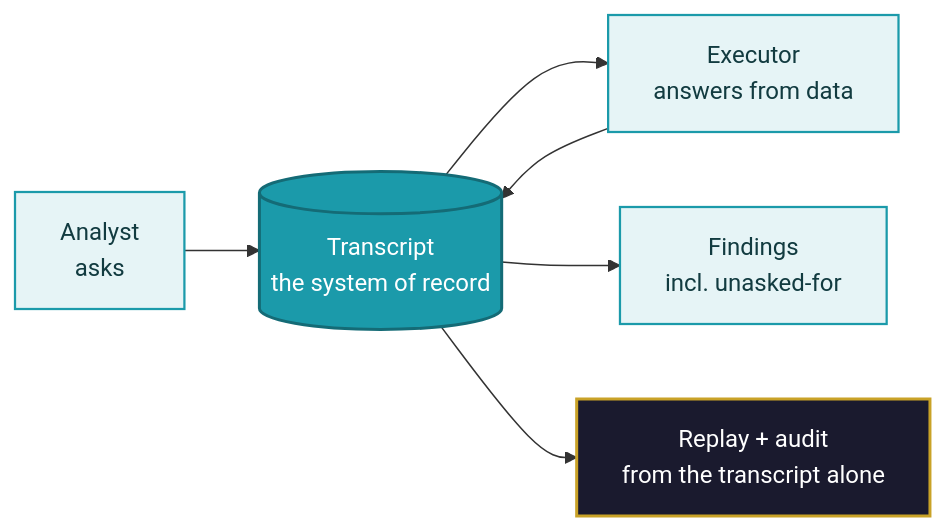
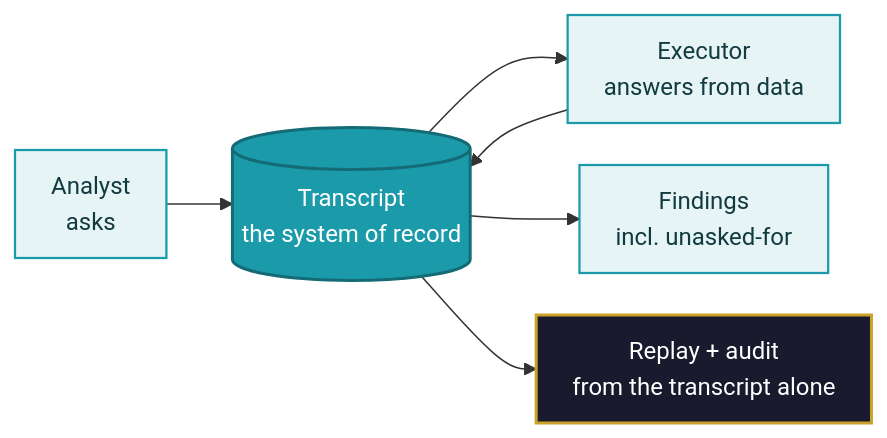
One commit to GAI-Engineering/poc-learning-lab changed the second of 6 diagrams in diagrams/CONCEPT-DIAGRAMS.md. Above: the diagram before and after it, drawn with Mermaid. The commit also changed other lines of this file and 13 other files, not shown here.

Commit message:
Executive layer completed for all six POCs: market-data lead in every notebook, Patterns 4-6 in the business case, Day 2 key-data rows, technical flows embedded, Day 2 SVG infographics, unified chart style

````diff
--- a/diagrams/CONCEPT-DIAGRAMS.md
+++ b/diagrams/CONCEPT-DIAGRAMS.md
@@ -35,11 +36,12 @@
 ```mermaid
+%%{init: {"flowchart": {"nodeSpacing": 28, "rankSpacing": 44, "padding": 12}}}%%
 flowchart LR
     A["Analyst<br/>asks"]:::proc --> T[("Transcript<br/>the system of record")]:::metric
     T --> E["Executor<br/>answers from data"]:::proc
     E --> T
     T --> F["Findings<br/>incl. unasked-for"]:::proc
     T --> R["Replay + audit<br/>from the transcript alone"]:::io
     classDef io fill:#1A1A2E,stroke:#C9A227,stroke-width:2px,color:#FFFFFF;
     classDef proc fill:#E6F4F6,stroke:#1B9AAA,stroke-width:1.5px,color:#123B40;
     classDef metric fill:#1B9AAA,stroke:#146B76,stroke-width:2px,color:#FFFFFF;
 ```
````
